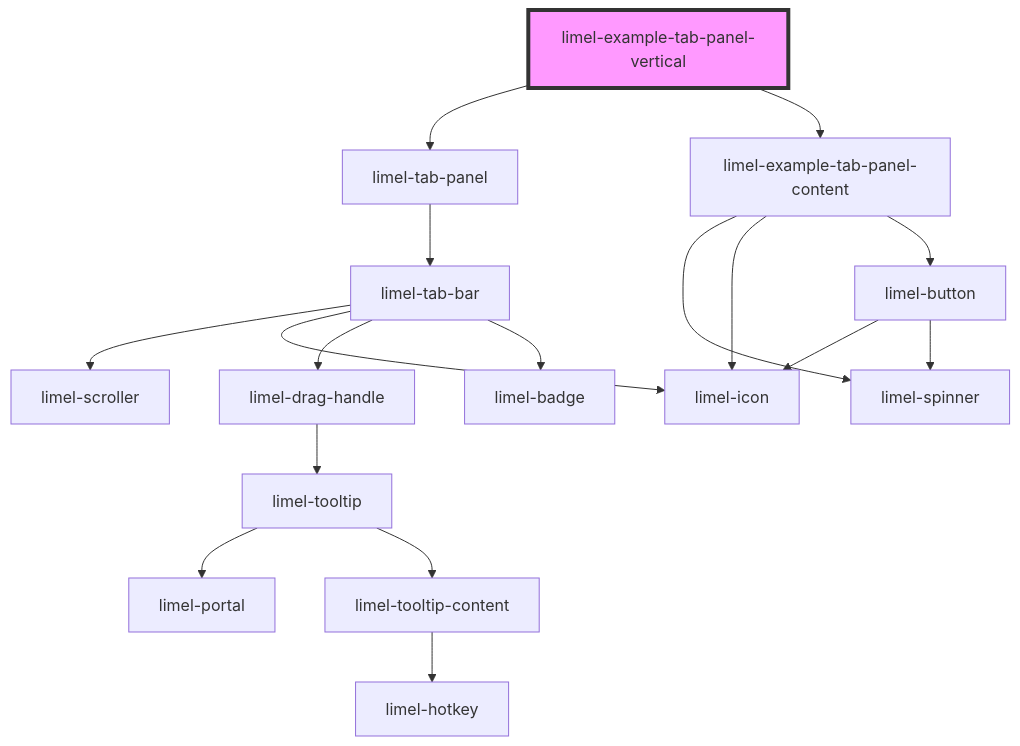
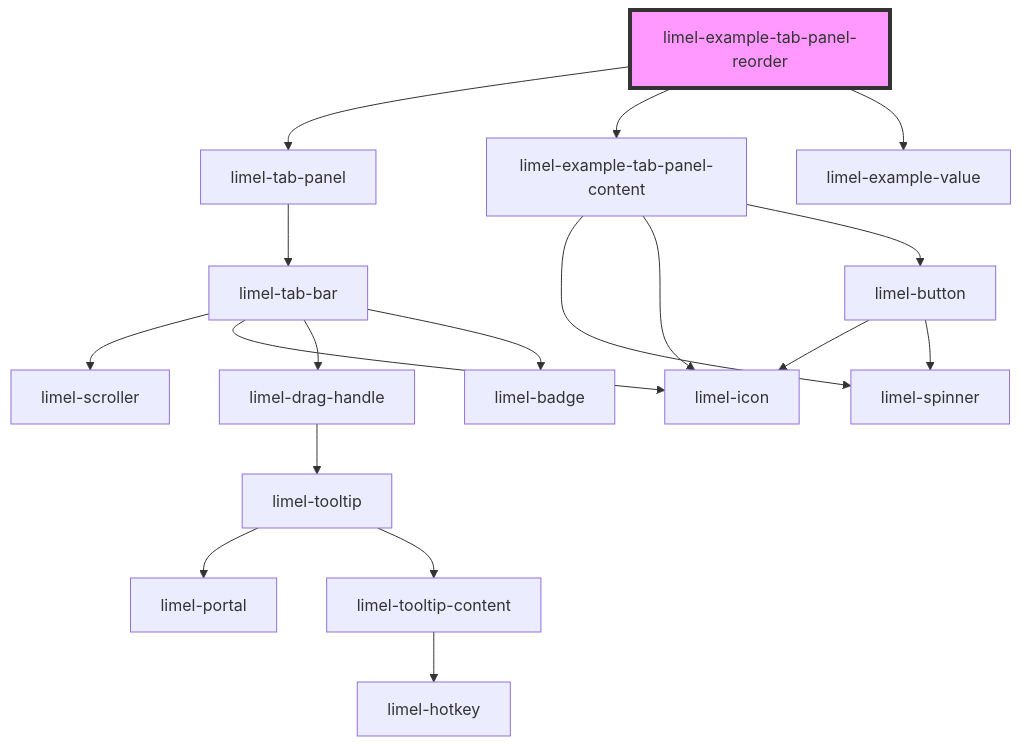
The diagram in versions/PR-4502/markdown-docs/components/tab-panel/examples/readme.md (Lundalogik/lime-elements), drawn with Mermaid before and after one commit. The commit also changed other lines of this file and 2 other files, not shown here.

````diff
--- a/versions/PR-4502/markdown-docs/components/tab-panel/examples/readme.md
+++ b/versions/PR-4502/markdown-docs/components/tab-panel/examples/readme.md
@@ -25,20 +31,21 @@
 ```mermaid
 graph TD;
-  limel-example-tab-panel-vertical --> limel-tab-panel
-  limel-example-tab-panel-vertical --> limel-example-tab-panel-content
+  limel-example-tab-panel-reorder --> limel-tab-panel
+  limel-example-tab-panel-reorder --> limel-example-tab-panel-content
+  limel-example-tab-panel-reorder --> limel-example-value
   limel-tab-panel --> limel-tab-bar
   limel-tab-bar --> limel-scroller
   limel-tab-bar --> limel-icon
   limel-tab-bar --> limel-drag-handle
   limel-tab-bar --> limel-badge
   limel-drag-handle --> limel-tooltip
   limel-tooltip --> limel-portal
   limel-tooltip --> limel-tooltip-content
   limel-tooltip-content --> limel-hotkey
   limel-example-tab-panel-content --> limel-spinner
   limel-example-tab-panel-content --> limel-icon
   limel-example-tab-panel-content --> limel-button
   limel-button --> limel-icon
   limel-button --> limel-spinner
-  style limel-example-tab-panel-vertical fill:#f9f,stroke:#333,stroke-width:4px
+  style limel-example-tab-panel-reorder fill:#f9f,stroke:#333,stroke-width:4px
 ```
````
